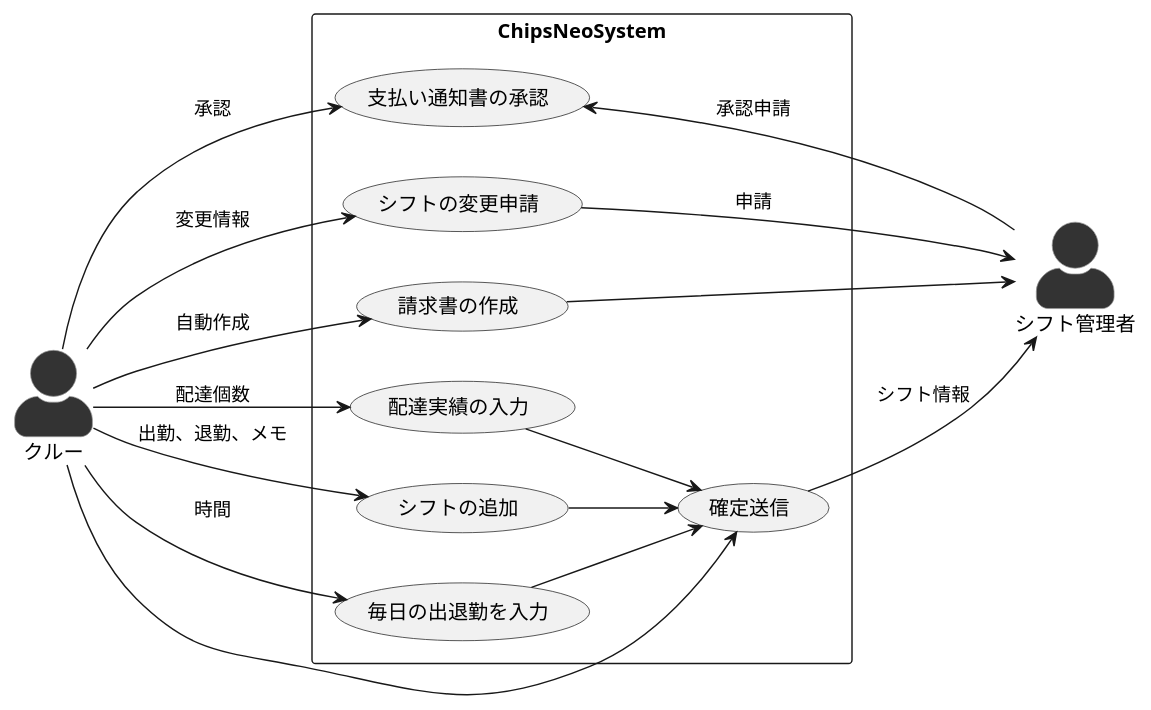
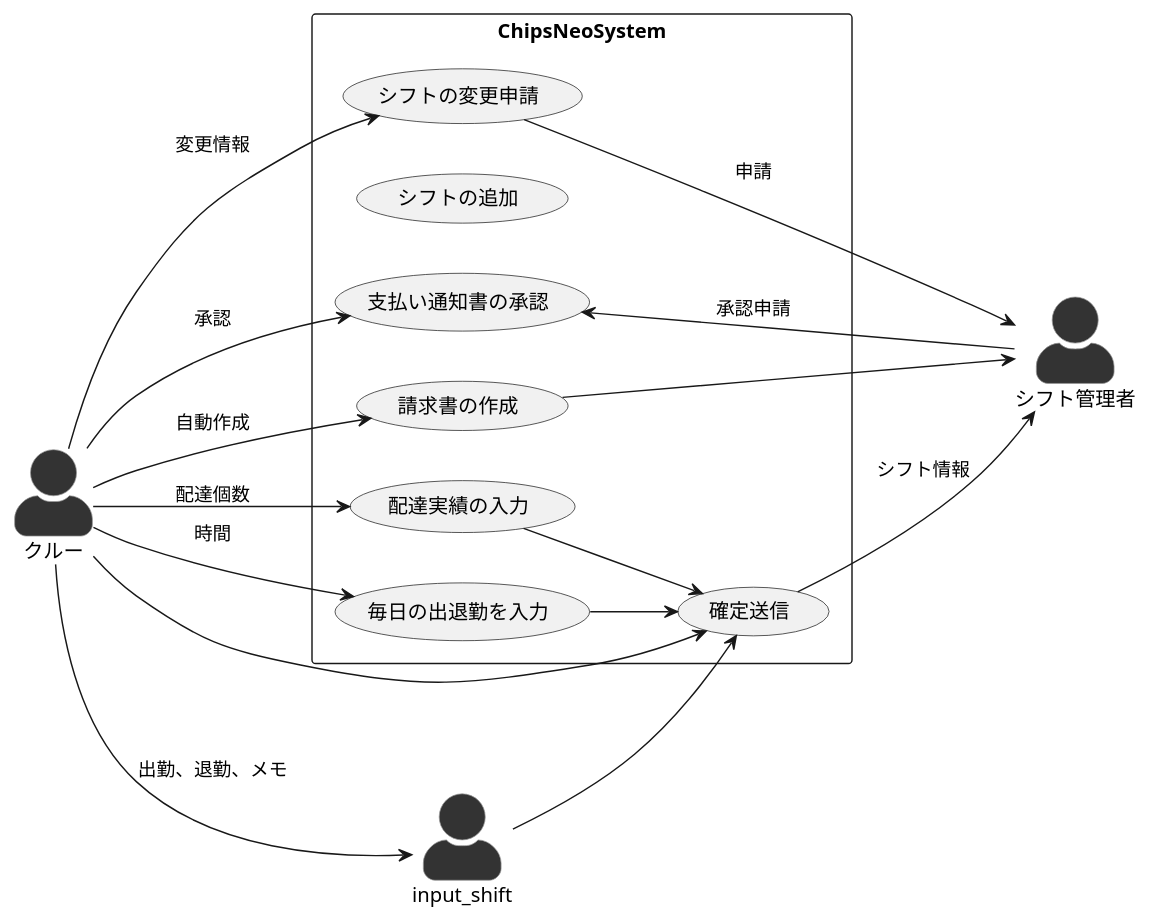
Before and after one commit to IsseiClockWise/NeoMaterials: the diagram in usecase/crew.pu, drawn with PlantUML. The commit also changed 2 other files, not shown here.

```diff
--- a/usecase/crew.pu
+++ b/usecase/crew.pu
@@ -1,44 +1,44 @@
 @startuml クルー
 
 left to right direction
 skinparam actorStyle awesome
 skinparam actor {
     BackgroundColor #333333
     BorderColor #999999
 }
 actor シフト管理者 as manager
 actor クルー as crew
 
 rectangle ChipsNeoSystem {
-    usecase "シフトの追加" as input_shift
+    usecase "シフトの追加" as input_shif
     usecase "確定送信" as submit
     usecase "シフトの変更申請" as change
     usecase "毎日の出退勤を入力" as time
     usecase "請求書の作成" as invoice
     usecase "支払い通知書の承認" as payment
     usecase "配達実績の入力" as delivery
 }
 
 crew --> input_shift :出勤、退勤、メモ
 
 crew --> submit
 submit --> manager :シフト情報
 
 crew --> change :変更情報
 change --> manager :申請
 
 crew --> time :時間
 
 time --> submit
 input_shift --> submit
 
 manager -up-> payment :承認申請
 crew --> payment :承認
 
 crew --> invoice :自動作成
 invoice --> manager
 
 crew --> delivery :配達個数
 delivery --> submit
 
 @enduml
```
